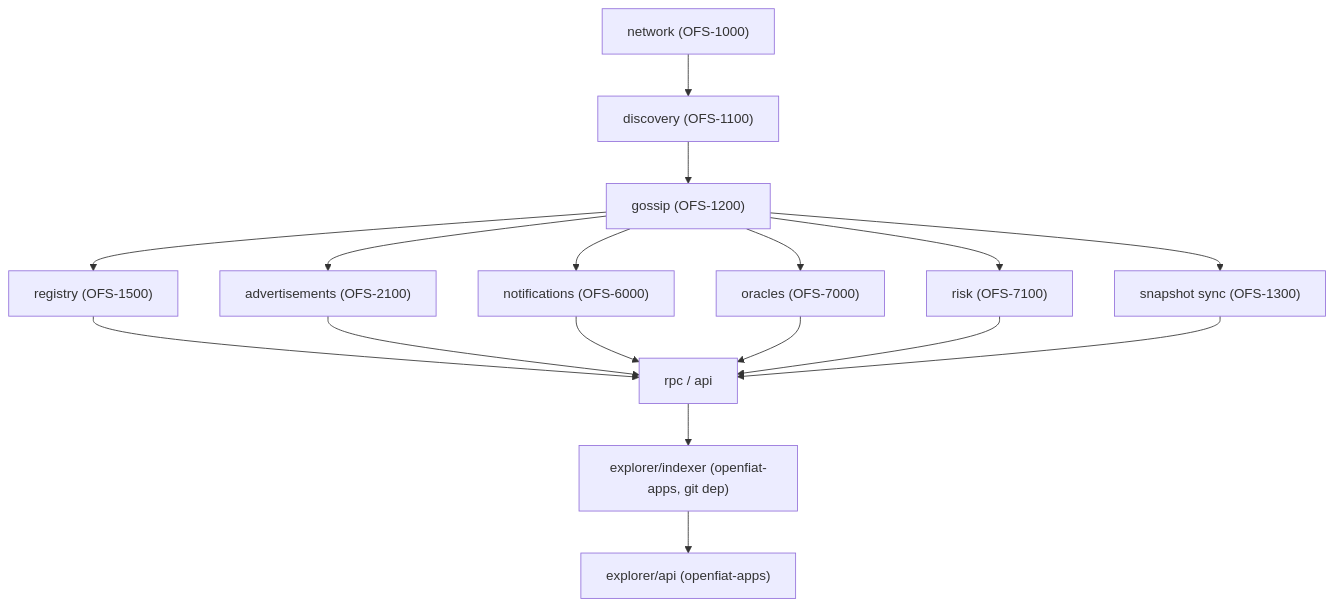
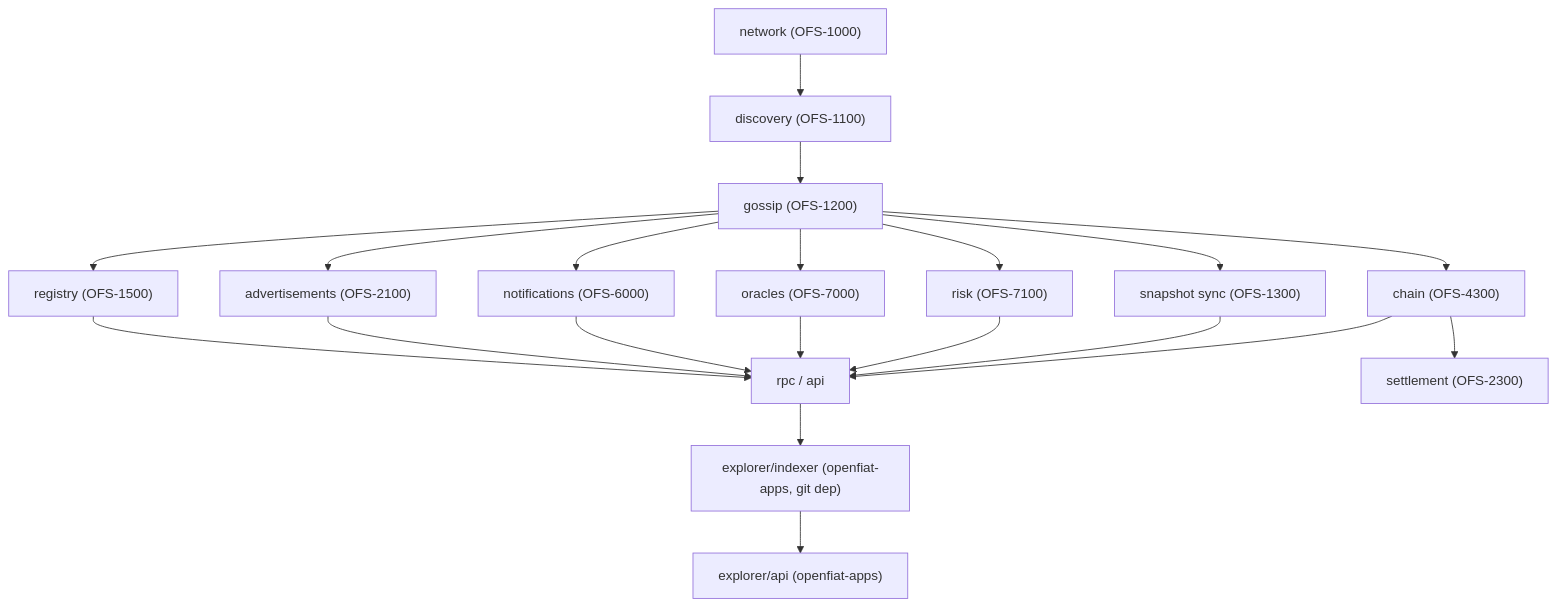
Before and after one commit to OpenFiat-org/openfiat-core: the diagram in docs/architecture.md, drawn with Mermaid. The commit also changed other lines of this file, not shown here.

First line of the commit message:
docs: add crates/chain (OFS-4300) to the dependency chain diagram

````diff
--- a/docs/architecture.md
+++ b/docs/architecture.md
@@ -10,19 +10,22 @@
 ```mermaid
 flowchart TD
     network["network (OFS-1000)"] --> discovery["discovery (OFS-1100)"]
     discovery --> gossip["gossip (OFS-1200)"]
     gossip --> registry["registry (OFS-1500)"]
     gossip --> advertisements["advertisements (OFS-2100)"]
     gossip --> notifications["notifications (OFS-6000)"]
     gossip --> oracles["oracles (OFS-7000)"]
     gossip --> risk["risk (OFS-7100)"]
     gossip --> snapshot["snapshot sync (OFS-1300)"]
+    gossip --> chain["chain (OFS-4300)"]
     registry --> rpc["rpc / api"]
     advertisements --> rpc
     notifications --> rpc
     oracles --> rpc
     risk --> rpc
     snapshot --> rpc
+    chain --> rpc
+    chain --> settlement["settlement (OFS-2300)"]
     rpc --> indexer["explorer/indexer (openfiat-apps, git dep)"]
     indexer --> explorerapi["explorer/api (openfiat-apps)"]
 ```
````
